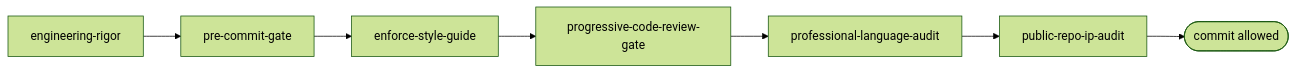
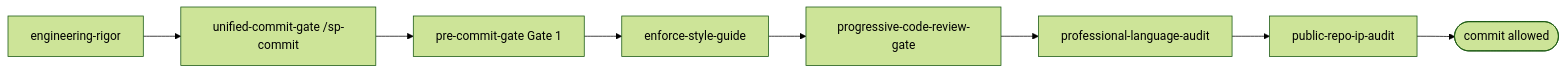
The third of 7 diagrams in docs/SKILL_TAXONOMY.md (bordenet/superpowers-plus), drawn with Mermaid (forest theme) before and after one commit. The commit also changed other lines of this file and 8 other files, not shown here.

````diff
--- a/docs/SKILL_TAXONOMY.md
+++ b/docs/SKILL_TAXONOMY.md
@@ -140,12 +140,13 @@
 ```mermaid
 flowchart LR
     ER[engineering-rigor]
-    PCG[pre-commit-gate]
+    UCG[unified-commit-gate /sp-commit]
+    PCG[pre-commit-gate Gate 1]
     ESG[enforce-style-guide]
     PCRG[progressive-code-review-gate]
     PLA[professional-language-audit]
     PRIA[public-repo-ip-audit]
     DONE([commit allowed])
 
-    ER --> PCG --> ESG --> PCRG --> PLA --> PRIA --> DONE
+    ER --> UCG --> PCG --> ESG --> PCRG --> PLA --> PRIA --> DONE
 ```
````
